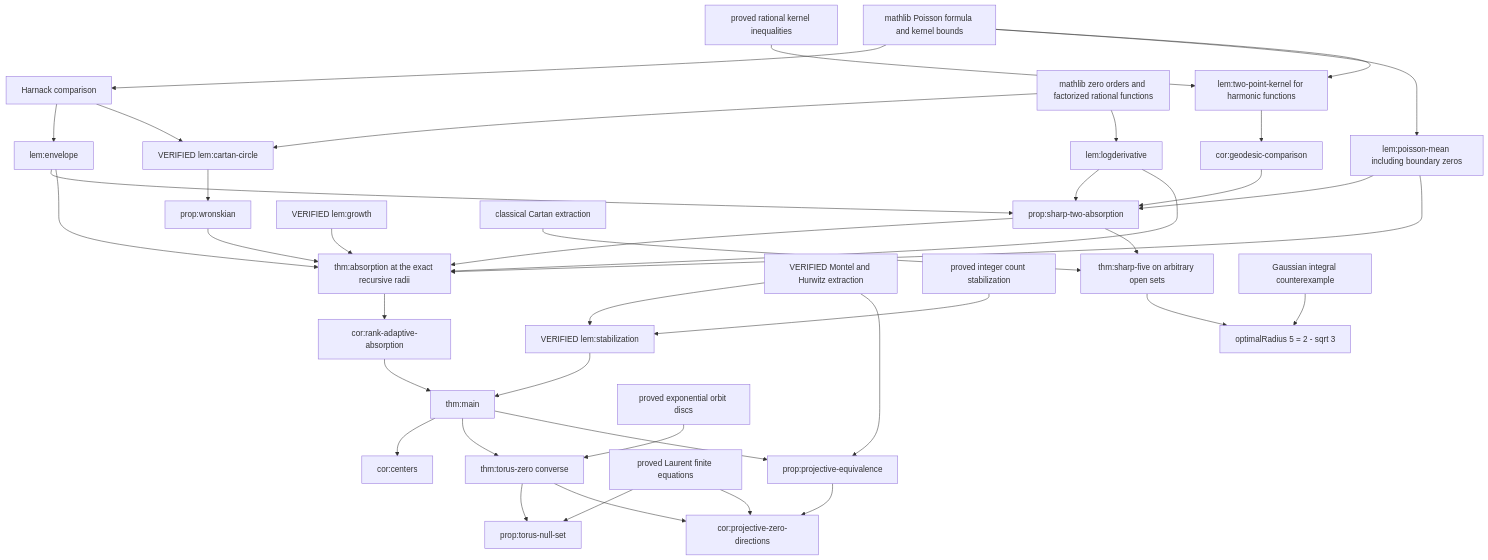
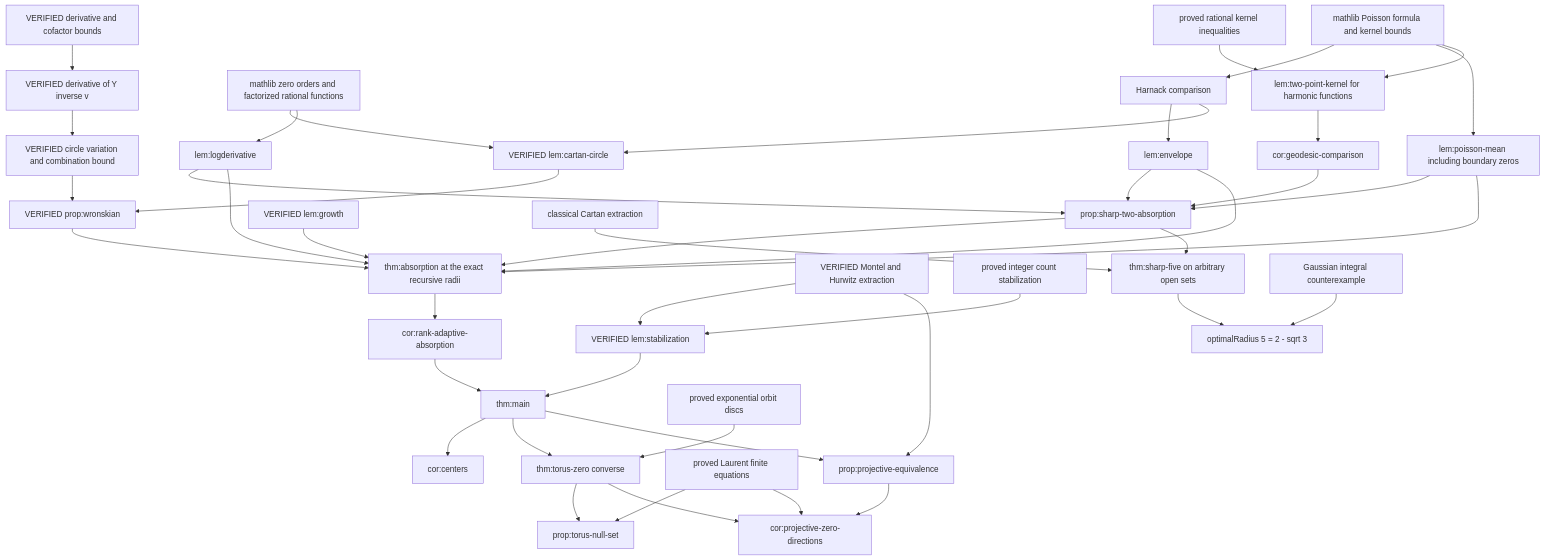
Before and after one commit to zhangteng2000/modified-cartan-lean: the diagram in docs/DEPENDENCIES.md, drawn with Mermaid. The commit also changed 19 other files, not shown here.

````diff
--- a/docs/DEPENDENCIES.md
+++ b/docs/DEPENDENCIES.md
@@ -5,42 +5,45 @@
 ```mermaid
 flowchart TD
   Poisson[mathlib Poisson formula and kernel bounds] --> Harnack[Harnack comparison]
   Harnack --> Envelope[lem:envelope]
   Factor[mathlib zero orders and factorized rational functions] --> Circle[VERIFIED lem:cartan-circle]
   Harnack --> Circle
-  Circle --> Wronskian[prop:wronskian]
+  Circle --> Wronskian[VERIFIED prop:wronskian]
+  Cauchy[VERIFIED derivative and cofactor bounds] --> Coeff[VERIFIED derivative of Y inverse v]
+  Coeff --> Variation[VERIFIED circle variation and combination bound]
+  Variation --> Wronskian
   Factor --> LogDeriv[lem:logderivative]
   Poisson --> Mean[lem:poisson-mean including boundary zeros]
   Kernel[proved rational kernel inequalities] --> TwoPoint[lem:two-point-kernel for harmonic functions]
   Poisson --> TwoPoint
   TwoPoint --> Geodesic[cor:geodesic-comparison]
   Geodesic --> TwoAbs[prop:sharp-two-absorption]
   Envelope --> TwoAbs
   Mean --> TwoAbs
   LogDeriv --> TwoAbs
   Wronskian --> Abs[thm:absorption at the exact recursive radii]
   LogDeriv --> Abs
   Growth[VERIFIED lem:growth] --> Abs
   Envelope --> Abs
   Mean --> Abs
   TwoAbs --> Abs
   Abs --> Rank[cor:rank-adaptive-absorption]
   Normal[VERIFIED Montel and Hurwitz extraction] --> Stabilize[VERIFIED lem:stabilization]
   Counts[proved integer count stabilization] --> Stabilize
   Rank --> Main[thm:main]
   Stabilize --> Main
   Main --> Centers[cor:centers]
   Classical[classical Cartan extraction] --> Five[thm:sharp-five on arbitrary open sets]
   TwoAbs --> Five
   Five --> Optimal[optimalRadius 5 = 2 - sqrt 3]
   Gaussian[Gaussian integral counterexample] --> Optimal
   Main --> Torus[thm:torus-zero converse]
   Orbit[proved exponential orbit discs] --> Torus
   Torus --> Null[prop:torus-null-set]
   Finite[proved Laurent finite equations] --> Null
   Main --> Projective[prop:projective-equivalence]
   Normal --> Projective
   Projective --> Directions[cor:projective-zero-directions]
   Torus --> Directions
   Finite --> Directions
 ```
````
